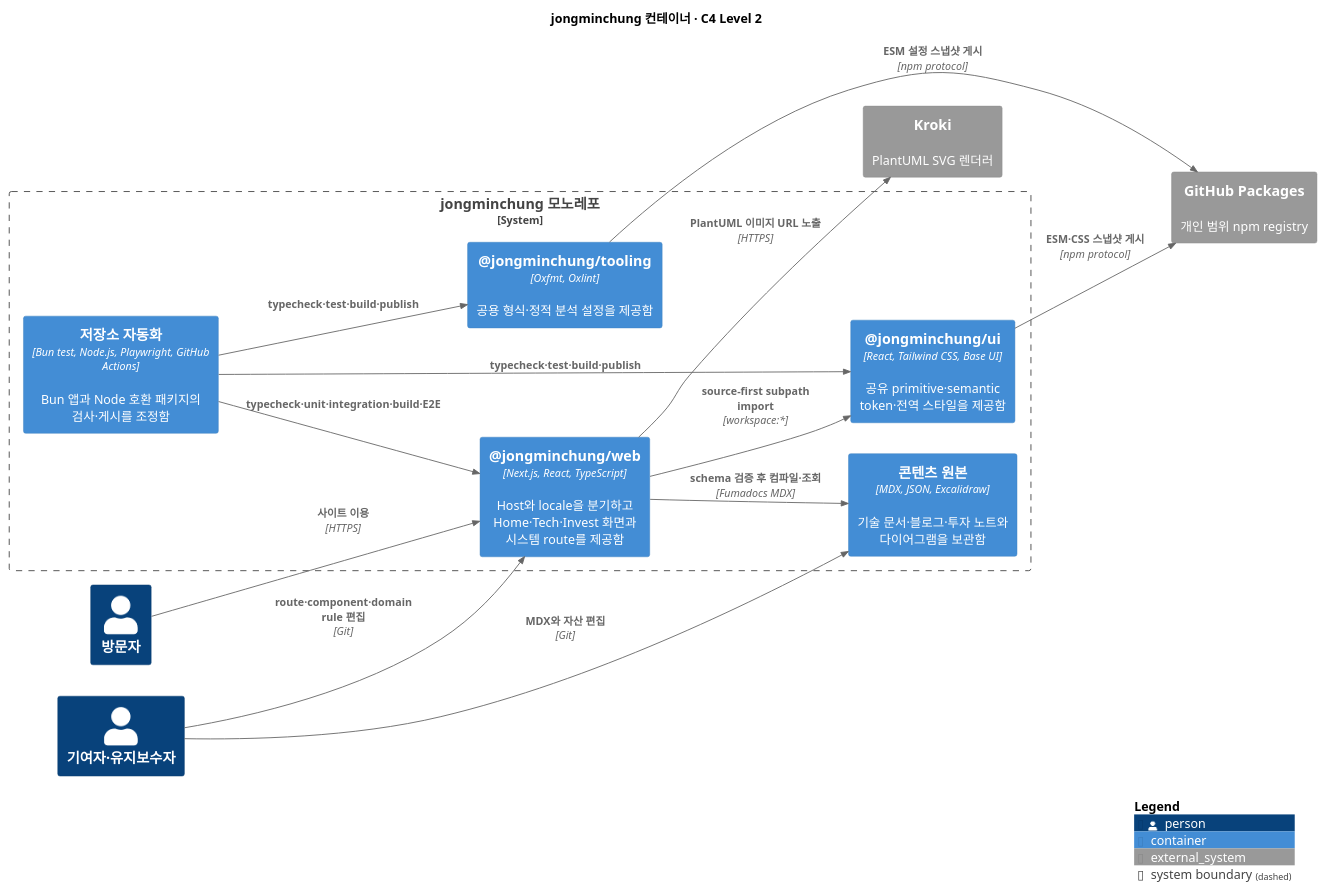
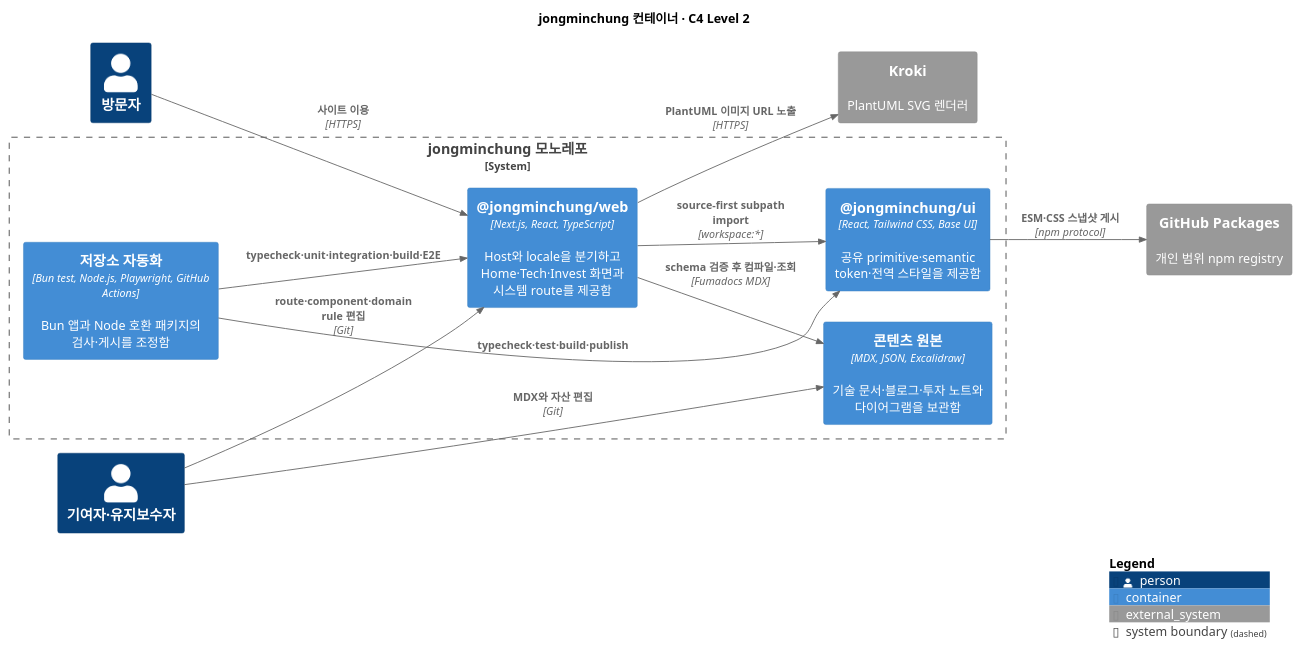
One commit to jongminchung/jongminchung changed the diagram in docs/diagrams/onboarding-containers.puml. Above: the diagram before and after it, drawn with PlantUML. The commit also changed 35 other files, not shown here.

```diff
--- a/docs/diagrams/onboarding-containers.puml
+++ b/docs/diagrams/onboarding-containers.puml
@@ -1,34 +1,31 @@
 @startuml
 !include <C4/C4_Container>
 
 title jongminchung 컨테이너 · C4 Level 2
 
 LAYOUT_LEFT_RIGHT()
 
 Person(visitor, "방문자")
 Person(maintainer, "기여자·유지보수자")
 System_Ext(kroki, "Kroki", "PlantUML SVG 렌더러")
 System_Ext(packages, "GitHub Packages", "개인 범위 npm registry")
 
 System_Boundary(repository, "jongminchung 모노레포") {
   Container(web, "@jongminchung/web", "Next.js, React, TypeScript", "Host와 locale을 분기하고 Home·Tech·Invest 화면과 시스템 route를 제공함")
   Container(content, "콘텐츠 원본", "MDX, JSON, Excalidraw", "기술 문서·블로그·투자 노트와 다이어그램을 보관함")
   Container(ui, "@jongminchung/ui", "React, Tailwind CSS, Base UI", "공유 primitive·semantic token·전역 스타일을 제공함")
-  Container(tooling, "@jongminchung/tooling", "Oxfmt, Oxlint", "공용 형식·정적 분석 설정을 제공함")
   Container(automation, "저장소 자동화", "Bun test, Node.js, Playwright, GitHub Actions", "Bun 앱과 Node 호환 패키지의 검사·게시를 조정함")
 }
 
 Rel(visitor, web, "사이트 이용", "HTTPS")
 Rel(maintainer, content, "MDX와 자산 편집", "Git")
 Rel(maintainer, web, "route·component·domain rule 편집", "Git")
 Rel(web, content, "schema 검증 후 컴파일·조회", "Fumadocs MDX")
 Rel(web, ui, "source-first subpath import", "workspace:*")
 Rel(web, kroki, "PlantUML 이미지 URL 노출", "HTTPS")
 Rel(automation, web, "typecheck·unit·integration·build·E2E")
 Rel(automation, ui, "typecheck·test·build·publish")
-Rel(automation, tooling, "typecheck·test·build·publish")
 Rel(ui, packages, "ESM·CSS 스냅샷 게시", "npm protocol")
-Rel(tooling, packages, "ESM 설정 스냅샷 게시", "npm protocol")
 
 SHOW_LEGEND()
 @enduml
```
